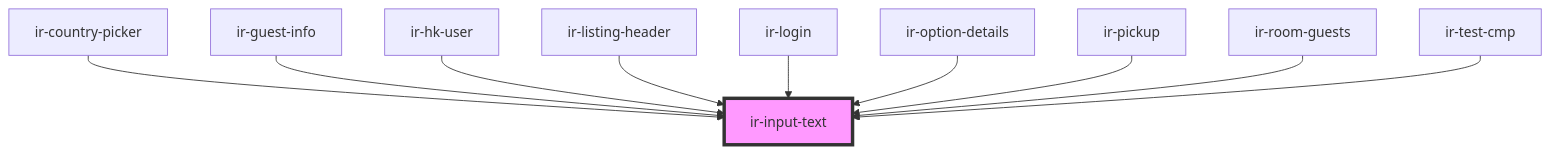
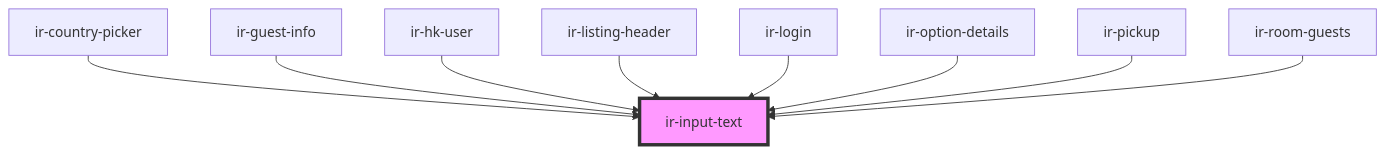
The diagram in src/components/ui/ir-input-text/readme.md (David1Chowaifaty/modified-ir-webcmp), drawn with Mermaid before and after one commit. The commit also changed other lines of this file and 12 other files, not shown here.

````diff
--- a/src/components/ui/ir-input-text/readme.md
+++ b/src/components/ui/ir-input-text/readme.md
@@ -67,13 +66,12 @@
 ```mermaid
 graph TD;
   ir-country-picker --> ir-input-text
   ir-guest-info --> ir-input-text
   ir-hk-user --> ir-input-text
   ir-listing-header --> ir-input-text
   ir-login --> ir-input-text
   ir-option-details --> ir-input-text
   ir-pickup --> ir-input-text
   ir-room-guests --> ir-input-text
-  ir-test-cmp --> ir-input-text
   style ir-input-text fill:#f9f,stroke:#333,stroke-width:4px
 ```
````
